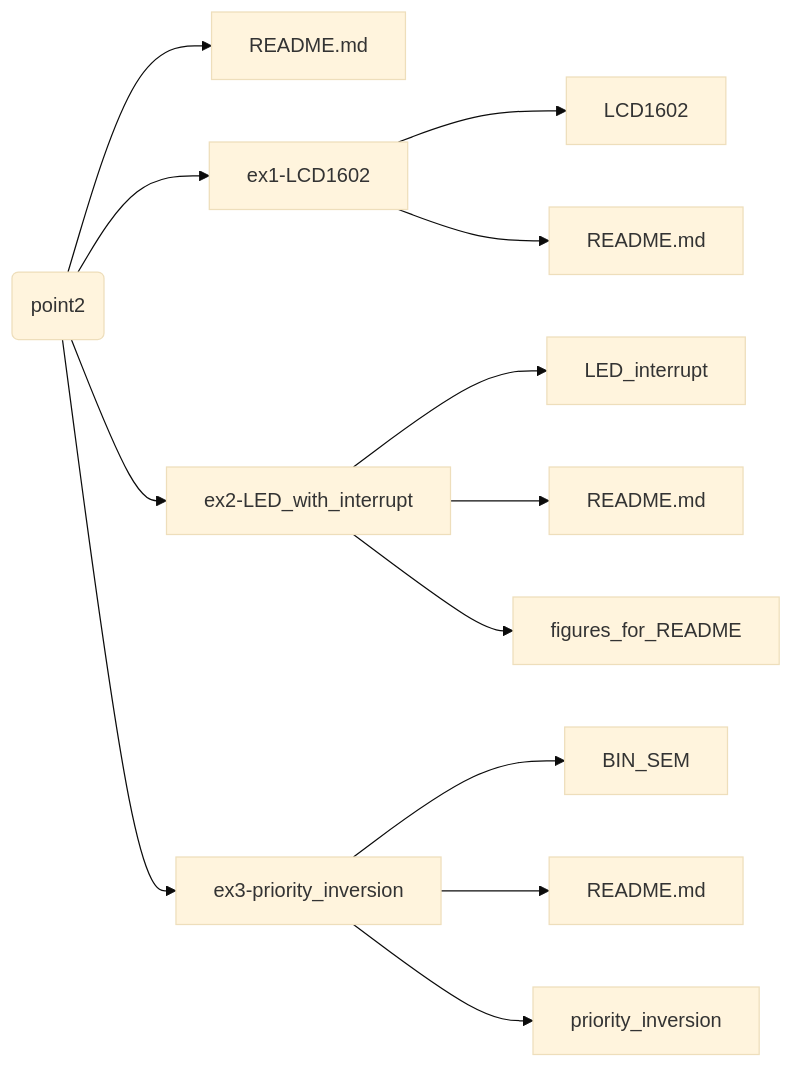
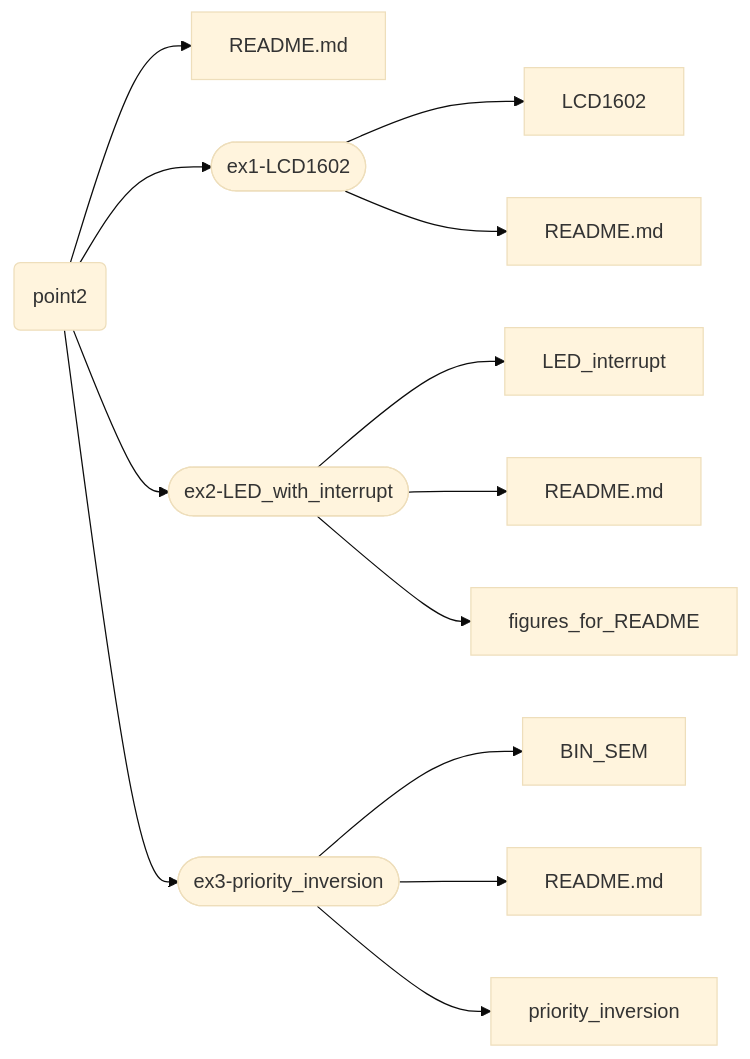
The third of 4 diagrams in README.md (smokyisthatyou/STM32Nucleo64), drawn with Mermaid before and after one commit. The commit also changed other lines of this file, not shown here.

Commit message:
changed shapes

````diff
--- a/README.md
+++ b/README.md
@@ -59,32 +59,32 @@
 ```mermaid
 %%{init: {'theme':'base'}}%%
 graph LR;
 A[README.md];
 B[README.md];
 C[README.md];
 D[README.md];
 p2(point2)
 p2-->A;
-p2-->ex1-LCD1602;
-p2-->ex2-LED_with_interrupt;
-p2-->ex3-priority_inversion;
-ex1-LCD1602-->LCD1602;
-ex1-LCD1602-->D;
-ex2-LED_with_interrupt-->LED_interrupt;
-ex2-LED_with_interrupt-->B;
-ex2-LED_with_interrupt-->figures_for_README;
-ex3-priority_inversion-->BIN_SEM;
-ex3-priority_inversion-->C;
-ex3-priority_inversion-->priority_inversion;
+p2-->dir1([ex1-LCD1602]);
+p2-->dir2([ex2-LED_with_interrupt]);
+p2-->dir3([ex3-priority_inversion]);
+dir1-->LCD1602;
+dir1-->D;
+dir2-->LED_interrupt;
+dir2-->B;
+dir2-->figures_for_README;
+dir3-->BIN_SEM;
+dir3-->C;
+dir3-->priority_inversion;
 
 click p2 href "https://baltig.polito.it/caos2023/group2/-/tree/point2" "Link to point2";
 click README.md href "https://baltig.polito.it/caos2023/group2/-/blob/point2/README.md" "Link to README.md";
-click ex2-LED_with_interrupt href "https://baltig.polito.it/caos2023/group2/-/tree/point2/ex2-LED_with_interrupt" "Link to ex2-LED_with_interrupt";
+click dir2 href "https://baltig.polito.it/caos2023/group2/-/tree/point2/ex2-LED_with_interrupt" "Link to ex2-LED_with_interrupt";
 click LED_interrupt href "https://baltig.polito.it/caos2023/group2/-/tree/point2/ex2-LED_with_interrupt/LED_interrupt" "Link to LED_interrupt";
 click B href "https://baltig.polito.it/caos2023/group2/-/tree/point2/ex2-LED_with_Interrupt/README.md" "Link to README.md";
 click figures_for_README href "https://baltig.polito.it/caos2023/group2/-/tree/point2/ex2-LED_with_interrupt/figures_for_README" "Link to figures_for_README";
-click ex3-priority_inversion href "https://baltig.polito.it/caos2023/group2/-/tree/point2/ex3-priority_inversion";
+click dir3 href "https://baltig.polito.it/caos2023/group2/-/tree/point2/ex3-priority_inversion";
 click BIN_SEM href "https://baltig.polito.it/caos2023/group2/-/tree/point2/ex3-priority_inversion/BIN_SEM";
 click priority_inversion href "https://baltig.polito.it/caos2023/group2/-/tree/point2/ex3-priority_inversion/priority_inversion";
 click C href "https://baltig.polito.it/caos2023/group2/-/tree/point2/ex3-priority_inversion/README.md" "Link to README.md";
 ```
````
